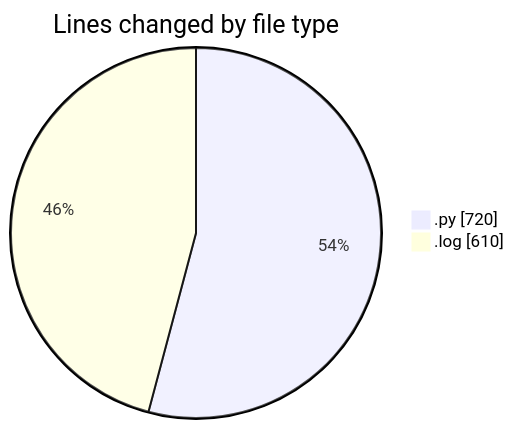
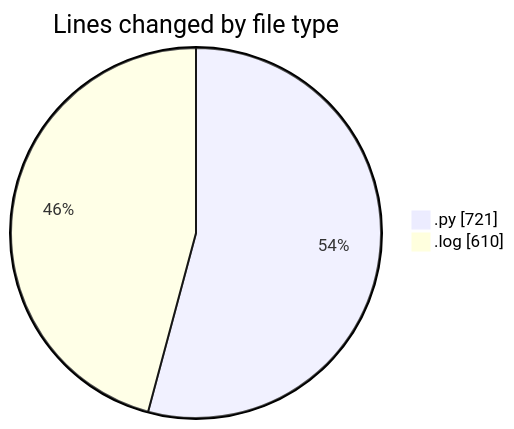
One commit to momahboobian/code-tracking changed the first of 2 diagrams in 2025-05-07/samplepdf/README.md. Above: the diagram before and after it, drawn with Mermaid. The commit also changed other lines of this file and 1 other file, not shown here.

````diff
--- a/2025-05-07/samplepdf/README.md
+++ b/2025-05-07/samplepdf/README.md
@@ -28,6 +28,6 @@
 ```mermaid
 pie showData
 title Lines changed by file type
-".py" : 720
+".py" : 721
 ".log" : 610
 ```
````
